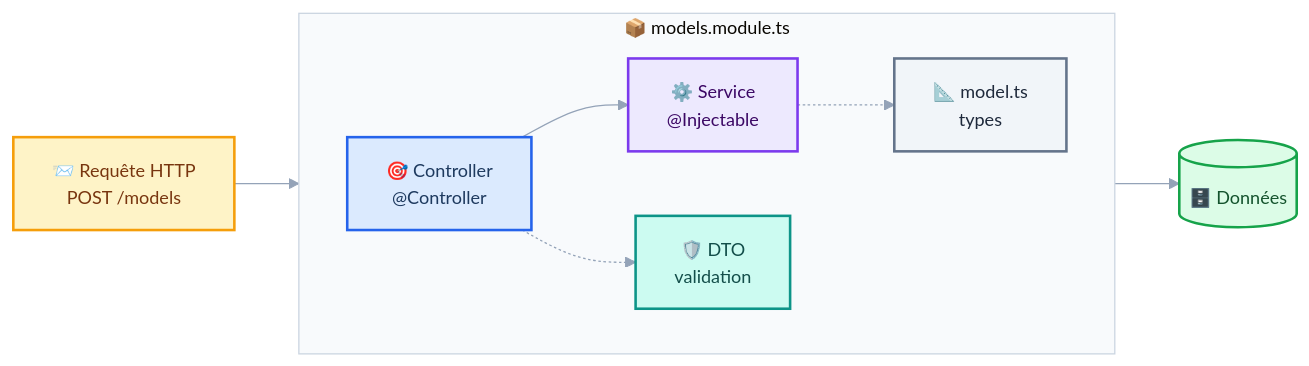
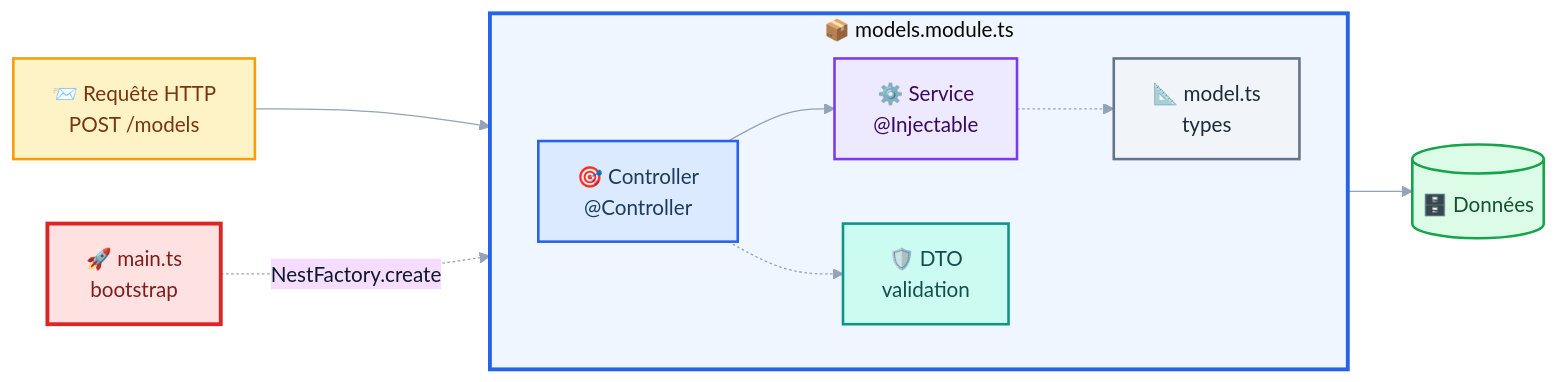
The second of 9 diagrams in slides/s02-nestjs.md (gaetanmaisse/ismin-web-2026-tps), drawn with Mermaid before and after one commit. The commit also changed other lines of this file, not shown here.

First line of the commit message:
feat(s02): la carte Nest en pleine page avant chaque pièce

````diff
--- a/slides/s02-nestjs.md
+++ b/slides/s02-nestjs.md
@@ -505,26 +505,30 @@
-```mermaid {scale: 0.62}
-%%{init: {'theme':'base','themeVariables':{'fontFamily':'ui-sans-serif, -apple-system, Segoe UI, sans-serif','fontSize':'14px','lineColor':'#94a3b8','primaryTextColor':'#0f172a','clusterBkg':'#f8fafc','clusterBorder':'#cbd5e1'}}}%%
+```mermaid {scale: 0.8}
+%%{init: {'theme':'base','themeVariables':{'fontFamily':'ui-sans-serif, -apple-system, Segoe UI, sans-serif','fontSize':'16px','lineColor':'#94a3b8','primaryTextColor':'#0f172a','clusterBkg':'#f8fafc','clusterBorder':'#cbd5e1'}}}%%
 flowchart LR
+  MA["🚀 main.ts<br/>bootstrap"] -.->|"NestFactory.create"| M
   R["📨 Requête HTTP<br/>POST /models"] --> C
   subgraph M["📦 models.module.ts"]
     direction LR
     C["🎯 Controller<br/>@Controller"] --> S["⚙️ Service<br/>@Injectable"]
     C -.-> D["🛡️ DTO<br/>validation"]
     S -.-> E["📐 model.ts<br/>types"]
   end
   S --> DB[("🗄️ Données")]
 
+  classDef boot fill:#fee2e2,stroke:#dc2626,stroke-width:3px,color:#7f1d1d
   classDef req fill:#fef3c7,stroke:#f59e0b,stroke-width:2px,color:#78350f
   classDef ctrl fill:#dbeafe,stroke:#2563eb,stroke-width:2px,color:#1e3a5f
   classDef svc fill:#ede9fe,stroke:#7c3aed,stroke-width:2px,color:#3b0764
   classDef dto fill:#ccfbf1,stroke:#0d9488,stroke-width:2px,color:#134e4a
   classDef typ fill:#f1f5f9,stroke:#64748b,stroke-width:2px,color:#1e293b
   classDef db fill:#dcfce7,stroke:#16a34a,stroke-width:2px,color:#14532d
-  classDef mute fill:#f8fafc,stroke:#e2e8f0,stroke-width:1px,color:#cbd5e1
+  classDef mute fill:#f8fafc,stroke:#e2e8f0,stroke-width:1px,color:#94a3b8
+  class MA boot
   class R req
   class C ctrl
   class S svc
   class D dto
   class E typ
   class DB db
+  style M fill:#eff6ff,stroke:#2563eb,stroke-width:3px
 ```
````
